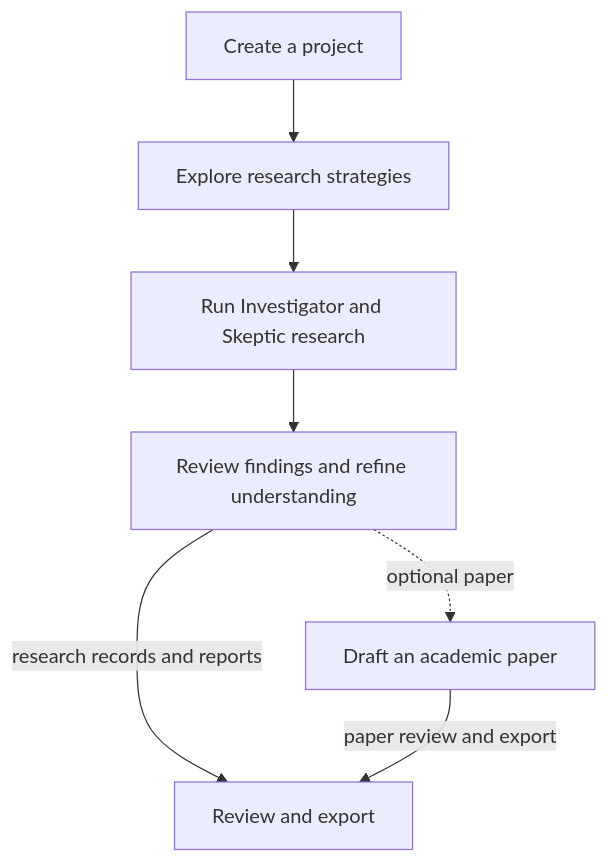
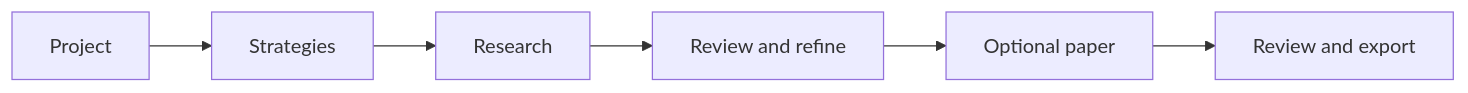
One commit to bkramerext/sigma changed the diagram in README.md. Above: the diagram before and after it, drawn with Mermaid. The commit also changed other lines of this file and 12 other files, not shown here.

Commit message:
Polish SIGMA research process diagram

````diff
--- a/README.md
+++ b/README.md
@@ -17,9 +19,4 @@
 ```mermaid
-flowchart TD
-    A[Create a project] --> B[Explore research strategies]
-    B --> C[Run Investigator and Skeptic research]
-    C --> D[Review findings and refine understanding]
-    D -->|research records and reports| F[Review and export]
-    D -. optional paper .-> E[Draft an academic paper]
-    E -->|paper review and export| F
+flowchart LR
+    A[Project] --> B[Strategies] --> C[Research] --> D[Review and refine] --> E[Optional paper] --> F[Review and export]
 ```
````
